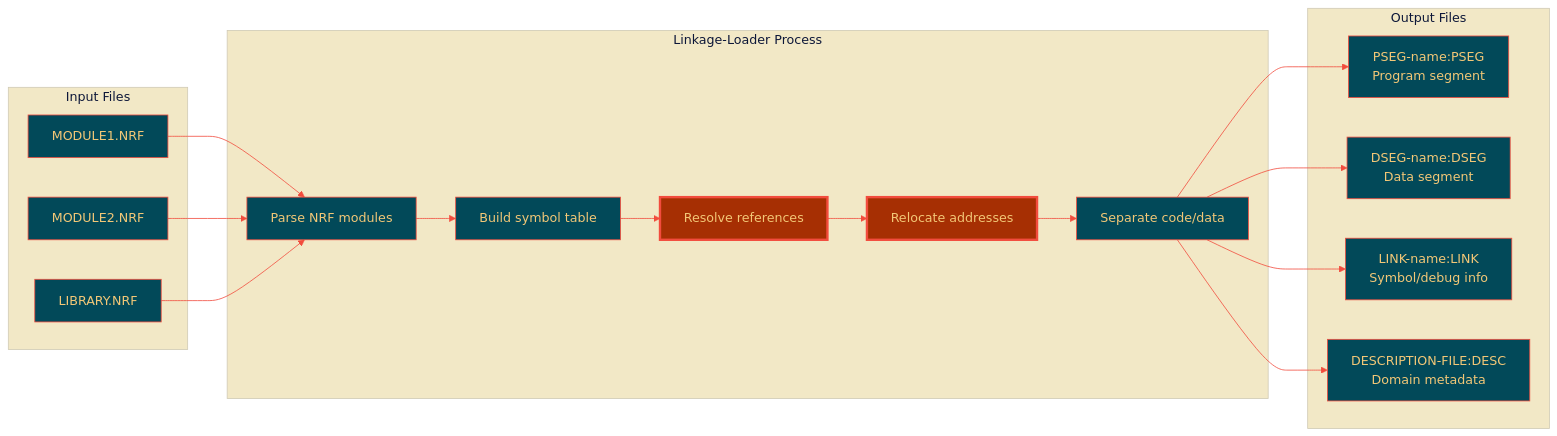
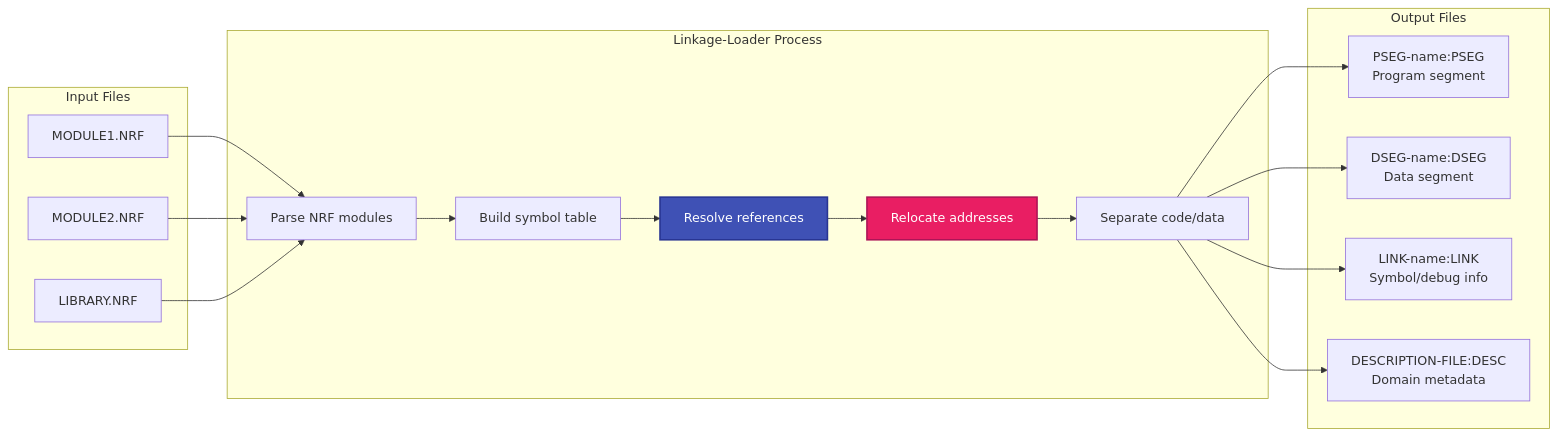
One commit to HackerCorpLabs/NDInsight changed the second of 5 diagrams in SINTRAN/OS/09-ND500-CODE-LOADING.md. Above: the diagram before and after it, drawn with Mermaid. The commit also changed other lines of this file and 19 other files, not shown here.

Commit message:
Updated Mermaid diagrams

````diff
--- a/SINTRAN/OS/09-ND500-CODE-LOADING.md
+++ b/SINTRAN/OS/09-ND500-CODE-LOADING.md
@@ -120,36 +119,35 @@
 ```mermaid
-%%{init: {'theme':'base', 'themeVariables': {'primaryColor':'#024959','primaryTextColor':'#F2C777','primaryBorderColor':'#F24C3D','lineColor':'#F24C3D','secondaryColor':'#A62F03','tertiaryColor':'#F2E8C6'}}}%%
 flowchart LR
     subgraph INPUT ["Input Files"]
         I1[MODULE1.NRF]
         I2[MODULE2.NRF]
         I3[LIBRARY.NRF]
     end
-    
+
     subgraph LOADER ["Linkage-Loader Process"]
         L1[Parse NRF modules]
         L2[Build symbol table]
         L3[Resolve references]
         L4[Relocate addresses]
         L5[Separate code/data]
     end
-    
+
     subgraph OUTPUT ["Output Files"]
         O1[PSEG-name:PSEG<br/>Program segment]
         O2[DSEG-name:DSEG<br/>Data segment]
         O3[LINK-name:LINK<br/>Symbol/debug info]
         O4[DESCRIPTION-FILE:DESC<br/>Domain metadata]
     end
-    
+
     I1 --> L1
     I2 --> L1
     I3 --> L1
     L1 --> L2 --> L3 --> L4 --> L5
     L5 --> O1
     L5 --> O2
     L5 --> O3
     L5 --> O4
-    
-    style L3 fill:#A62F03,stroke:#F24C3D,stroke-width:3px,color:#F2C777
-    style L4 fill:#A62F03,stroke:#F24C3D,stroke-width:3px,color:#F2C777
+
+    style L3 fill:#3F51B5,stroke:#283593,stroke-width:2px,color:#fff
+    style L4 fill:#E91E63,stroke:#AD1457,stroke-width:2px,color:#fff
 ```
````
